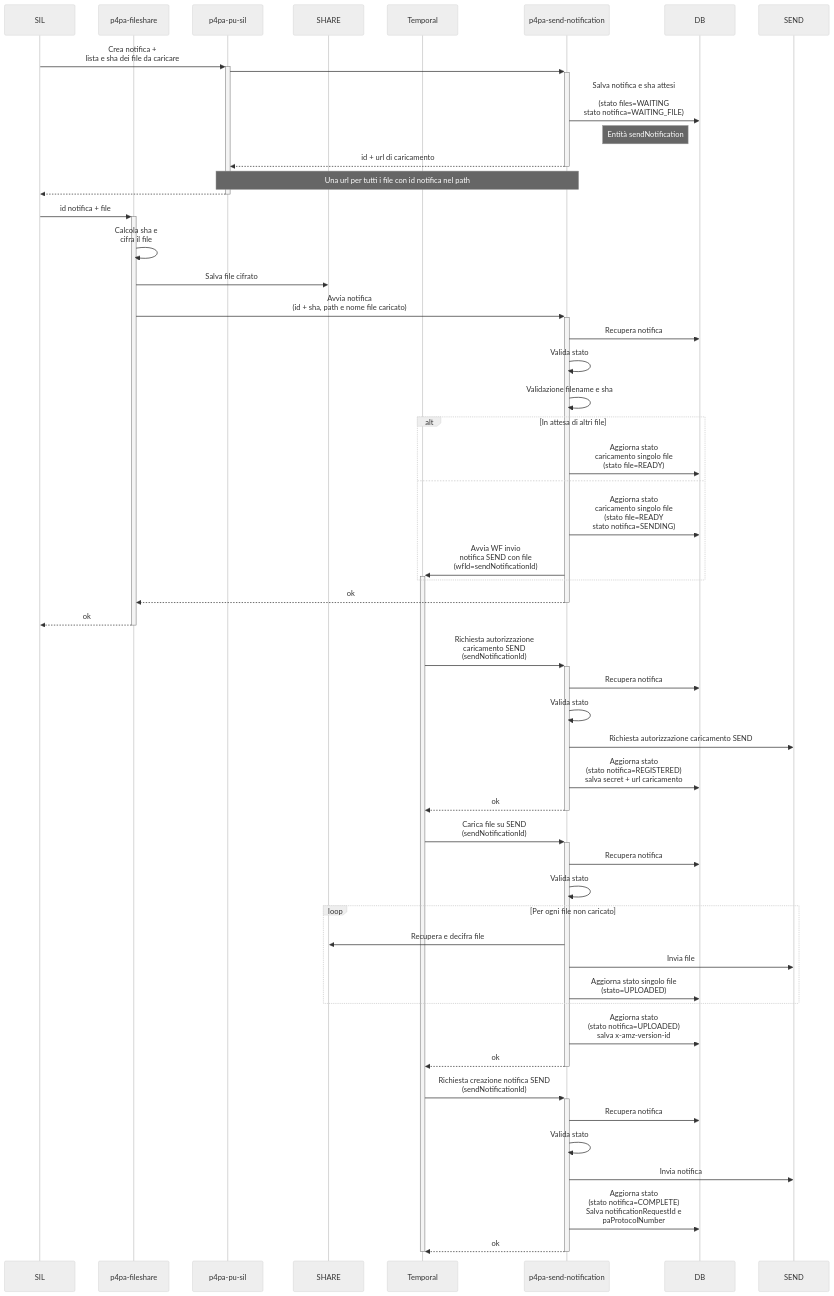
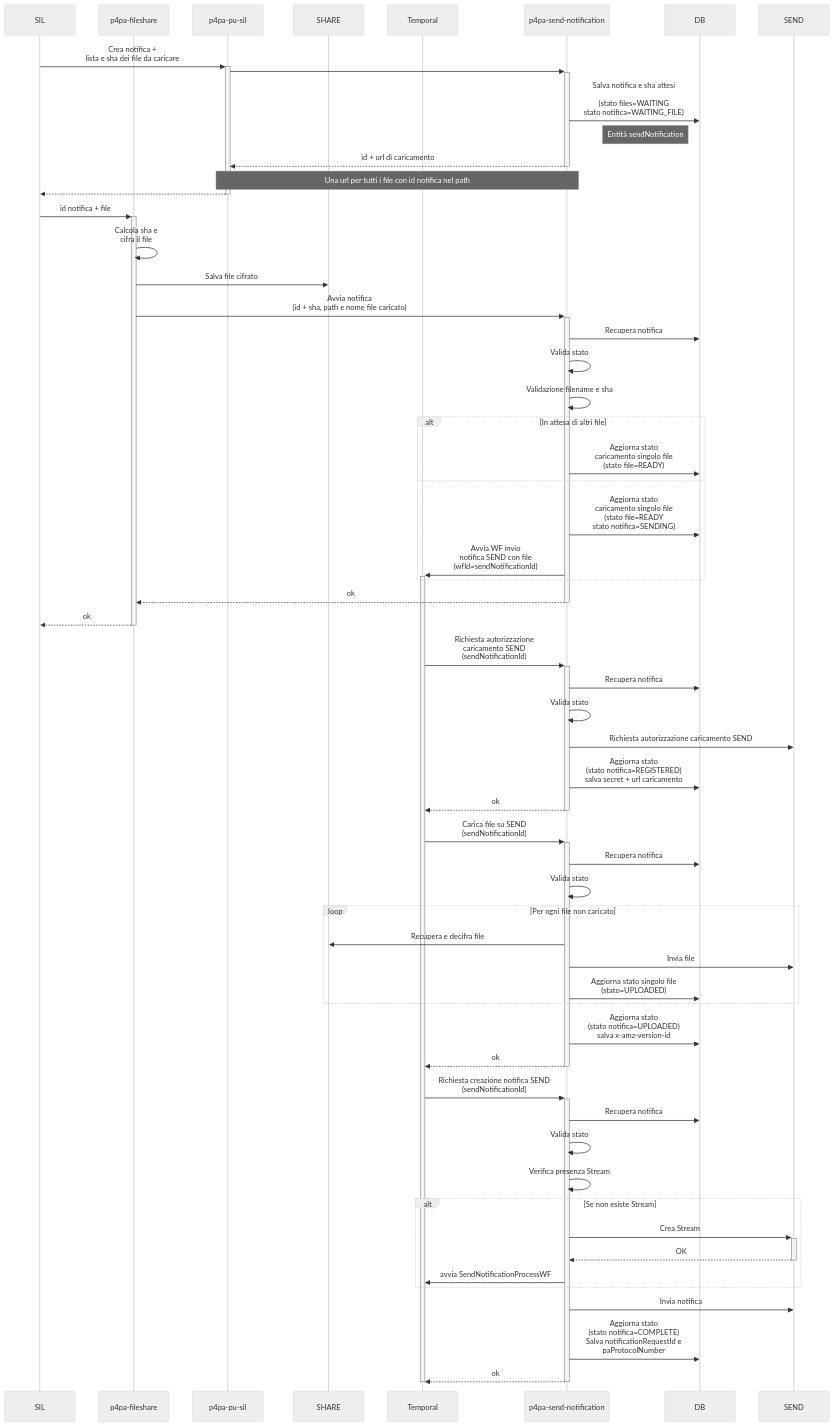
The diagram in design/send/sequence_createNotificationWithFile.mmd (pagopa/p4pa-doc), drawn with Mermaid (neutral theme) before and after one commit. The commit also changed 3 other files, not shown here.

First line of the commit message:
feat: P4ADEV-3720-change-send-sequence-diagram (#36)

```diff
--- a/design/send/sequence_createNotificationWithFile.mmd
+++ b/design/send/sequence_createNotificationWithFile.mmd
@@ -1,60 +1,66 @@
 sequenceDiagram
     participant SIL
     participant MS_SHARE as p4pa-fileshare
     participant MS_SIL as p4pa-pu-sil
     participant SHARE
     participant WF as Temporal
     participant MS_SEND as p4pa-send-notification
     participant DB
     participant SEND_PAGOPA as SEND
 
     SIL ->>+ MS_SIL: Crea notifica +<BR />lista e sha dei file da caricare
         MS_SIL ->>+ MS_SEND: #
             MS_SEND ->> DB: Salva notifica e sha attesi<BR /><BR />(stato files=WAITING<BR />stato notifica=WAITING_FILE)
             note left of DB: Entità sendNotification
             MS_SEND -->>- MS_SIL: id + url di caricamento
             note over MS_SIL,MS_SEND: Una url per tutti i file con id notifica nel path
         MS_SIL -->>- SIL: #
 
     SIL ->>+ MS_SHARE: id notifica + file
         MS_SHARE ->> MS_SHARE: Calcola sha e<BR />cifra il file
         MS_SHARE ->> SHARE: Salva file cifrato
         MS_SHARE ->>+ MS_SEND: Avvia notifica<BR />(id + sha, path e nome file caricato)
             MS_SEND ->> DB: Recupera notifica
             MS_SEND ->> MS_SEND: Valida stato
             MS_SEND ->> MS_SEND: Validazione filename e sha
             alt In attesa di altri file
                 MS_SEND ->> DB: Aggiorna stato<BR />caricamento singolo file<BR />(stato file=READY)
             else
                 MS_SEND ->> DB: Aggiorna stato<BR />caricamento singolo file<BR />(stato file=READY<BR />stato notifica=SENDING)
                 MS_SEND ->>+ WF: Avvia WF invio<BR />notifica SEND con file<BR />(wfId=sendNotificationId)
             end
             MS_SEND -->>- MS_SHARE: ok
     MS_SHARE -->>- SIL: ok
 
     WF ->>+ MS_SEND: Richiesta autorizzazione<BR />caricamento SEND<BR />(sendNotificationId)
         MS_SEND ->> DB: Recupera notifica
         MS_SEND ->> MS_SEND: Valida stato
         MS_SEND ->> SEND_PAGOPA: Richiesta autorizzazione caricamento SEND
         MS_SEND ->> DB: Aggiorna stato<BR />(stato notifica=REGISTERED)<BR />salva secret + url caricamento
         MS_SEND -->>- WF: ok
 
     WF ->>+ MS_SEND: Carica file su SEND<BR />(sendNotificationId)
         MS_SEND ->> DB: Recupera notifica
         MS_SEND ->> MS_SEND: Valida stato
         loop Per ogni file non caricato
             MS_SEND ->> SHARE: Recupera e decifra file
             MS_SEND ->> SEND_PAGOPA: Invia file
             MS_SEND ->> DB: Aggiorna stato singolo file<BR />(stato=UPLOADED)
         end
         MS_SEND ->> DB: Aggiorna stato<BR />(stato notifica=UPLOADED)<BR />salva x-amz-version-id
         MS_SEND -->>- WF: ok
 
     WF ->>+ MS_SEND: Richiesta creazione notifica SEND<BR />(sendNotificationId)
         MS_SEND ->> DB: Recupera notifica
         MS_SEND ->> MS_SEND: Valida stato
+        MS_SEND ->> MS_SEND: Verifica presenza Stream
+        alt Se non esiste Stream
+            MS_SEND ->>+ SEND_PAGOPA: Crea Stream
+            SEND_PAGOPA -->>- MS_SEND: OK
+            MS_SEND ->> WF: avvia SendNotificationProcessWF
+        end
         MS_SEND ->> SEND_PAGOPA: Invia notifica
         MS_SEND ->> DB: Aggiorna stato<BR />(stato notifica=COMPLETE)<BR />Salva notificationRequestId e<BR/>paProtocolNumber
         MS_SEND -->>- WF: ok
 
     deactivate WF
```
